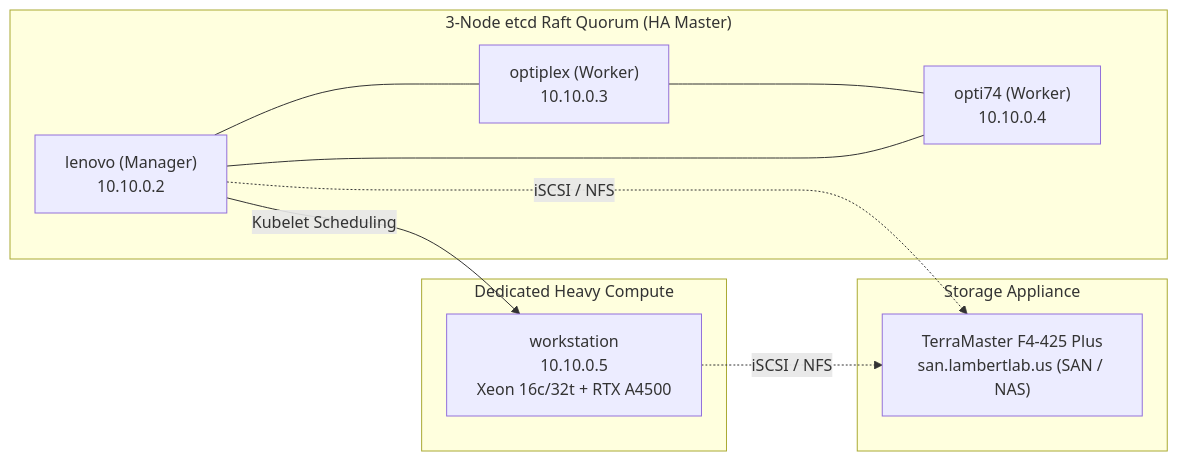
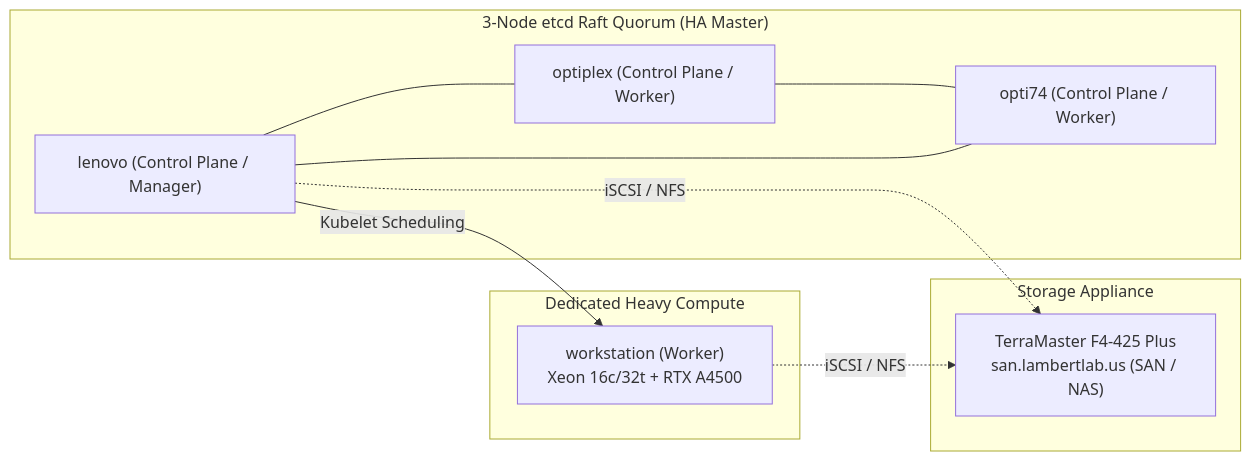
Before and after one commit to ChrisLambert03/homelab: the diagram in docs/architecture/hardware.md, drawn with Mermaid. The commit also changed 14 other files, not shown here.

Commit message:
docs: synchronize architecture docs and READMEs with Kube-OVN L2 VPC overlay

````diff
--- a/docs/architecture/hardware.md
+++ b/docs/architecture/hardware.md
@@ -23,20 +23,20 @@
 ```mermaid
 graph LR
     subgraph ControlPlane["3-Node etcd Raft Quorum (HA Master)"]
-        L["lenovo (Manager)<br/>10.10.0.2"] --- O1["optiplex (Worker)<br/>10.10.0.3"]
-        O1 --- O2["opti74 (Worker)<br/>10.10.0.4"]
+        L["lenovo (Control Plane / Manager)"] --- O1["optiplex (Control Plane / Worker)"]
+        O1 --- O2["opti74 (Control Plane / Worker)"]
         O2 --- L
     end
     
     subgraph ComputeCluster["Dedicated Heavy Compute"]
-        W["workstation<br/>10.10.0.5<br/>Xeon 16c/32t + RTX A4500"]
+        W["workstation (Worker)<br/>Xeon 16c/32t + RTX A4500"]
     end
 
     subgraph StorageSAN["Storage Appliance"]
         SAN["TerraMaster F4-425 Plus<br/>san.lambertlab.us (SAN / NAS)"]
     end
     
     L -->|"Kubelet Scheduling"| W
     W -.->|"iSCSI / NFS"| SAN
     L -.->|"iSCSI / NFS"| SAN
 ```
````
